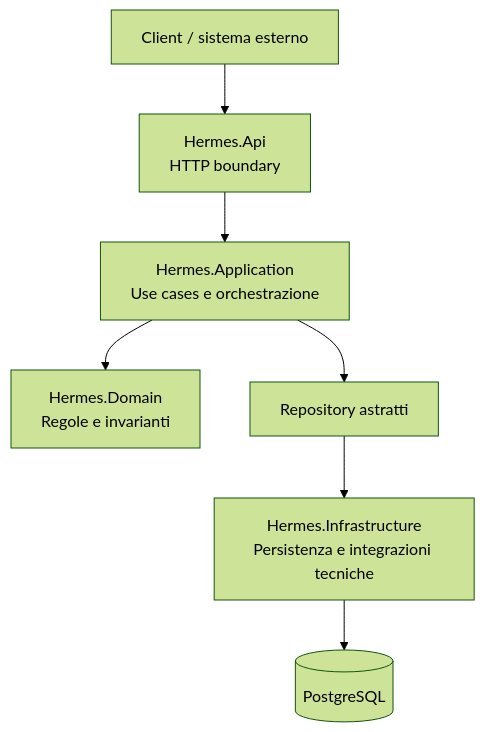
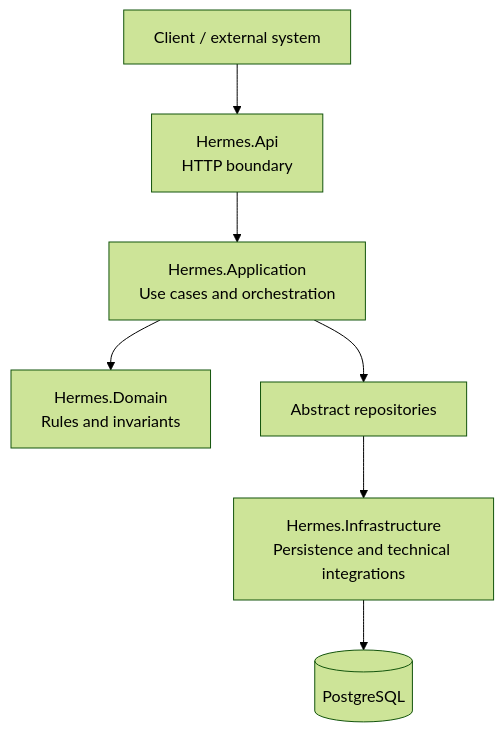
Before and after one commit to VincenzoMatonti/PantheonOperationPlatform: the diagram in src/Hermes/README.md, drawn with Mermaid (forest theme). The commit also changed other lines of this file and 14 other files, not shown here.

````diff
--- a/src/Hermes/README.md
+++ b/src/Hermes/README.md
@@ -24,9 +24,9 @@
 ```mermaid
 flowchart TB
-    Client[Client / sistema esterno] --> Api[Hermes.Api\nHTTP boundary]
-    Api --> Application[Hermes.Application\nUse cases e orchestrazione]
-    Application --> Domain[Hermes.Domain\nRegole e invarianti]
-    Application --> Repositories[Repository astratti]
-    Repositories --> Infrastructure[Hermes.Infrastructure\nPersistenza e integrazioni tecniche]
+    Client[Client / external system] --> Api[Hermes.Api\nHTTP boundary]
+    Api --> Application[Hermes.Application\nUse cases and orchestration]
+    Application --> Domain[Hermes.Domain\nRules and invariants]
+    Application --> Repositories[Abstract repositories]
+    Repositories --> Infrastructure[Hermes.Infrastructure\nPersistence and technical integrations]
     Infrastructure --> PostgreSQL[(PostgreSQL)]
 ```
````
